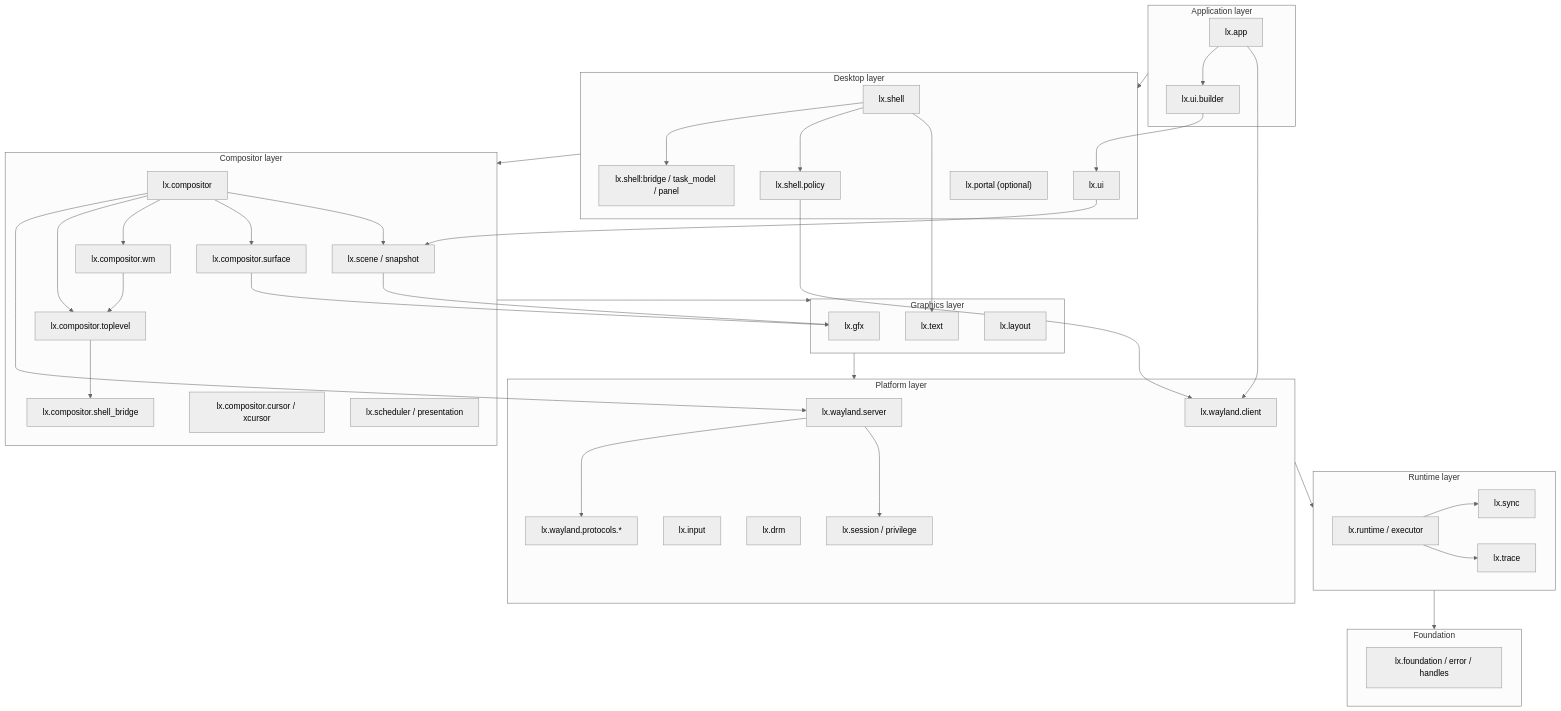
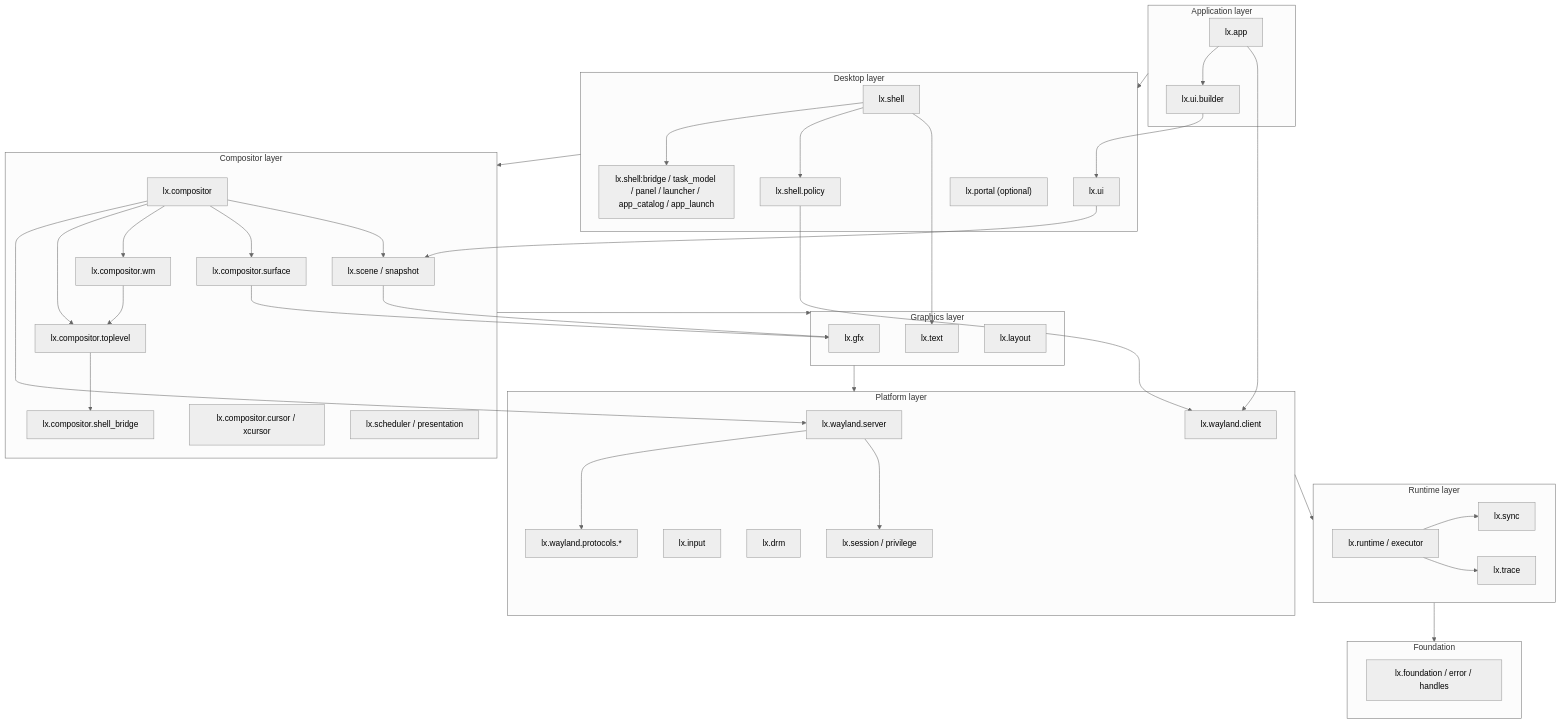
Before and after one commit to dimmus/lumen: the second of 9 diagrams in docs/architecture.md, drawn with Mermaid (neutral theme). The commit also changed other lines of this file and 121 other files, not shown here.

````diff
--- a/docs/architecture.md
+++ b/docs/architecture.md
@@ -165,72 +203,72 @@
 ```mermaid
 flowchart TB
     subgraph L6["Application layer"]
         APP["lx.app"]
         UIB["lx.ui.builder"]
     end
 
     subgraph L5["Desktop layer"]
         SH["lx.shell"]
-        SHB["lx.shell:bridge / task_model / panel"]
+        SHB["lx.shell:bridge / task_model / panel / launcher / app_catalog / app_launch"]
         SHP["lx.shell.policy"]
         UI["lx.ui"]
         PORTAL["lx.portal (optional)"]
     end
 
     subgraph L4["Compositor layer"]
         COMP["lx.compositor"]
         CTOP["lx.compositor.toplevel"]
         CWM["lx.compositor.wm"]
         CBR["lx.compositor.shell_bridge"]
         CSURF["lx.compositor.surface"]
         CCUR["lx.compositor.cursor / xcursor"]
         SCENE["lx.scene / snapshot"]
         SCHED["lx.scheduler / presentation"]
     end
 
     subgraph L3["Graphics layer"]
         GFX["lx.gfx"]
         TEXT["lx.text"]
         LAY["lx.layout"]
     end
 
     subgraph L2["Platform layer"]
         WLS["lx.wayland.server"]
         WLC["lx.wayland.client"]
         WLPR["lx.wayland.protocols.*"]
         INP["lx.input"]
         DRM["lx.drm"]
         SESS["lx.session / privilege"]
     end
 
     subgraph L1["Runtime layer"]
         RT["lx.runtime / executor"]
         SYNC["lx.sync"]
         TRACE["lx.trace"]
     end
 
     subgraph L0["Foundation"]
         FOUND["lx.foundation / error / handles"]
     end
 
     APP --> UIB --> UI
     APP --> WLC
     SH --> SHB
     SH --> SHP --> WLC
     SH --> TEXT
     COMP --> WLS --> WLPR
     COMP --> CTOP --> CBR
     COMP --> CWM --> CTOP
     COMP --> CSURF --> GFX
     COMP --> SCENE --> GFX
     UI --> SCENE
     WLS --> SESS
     RT --> SYNC
     RT --> TRACE
     L1 --> L0
     L2 --> L1
     L3 --> L2
     L4 --> L3
     L5 --> L4
     L6 --> L5
 ```
````
